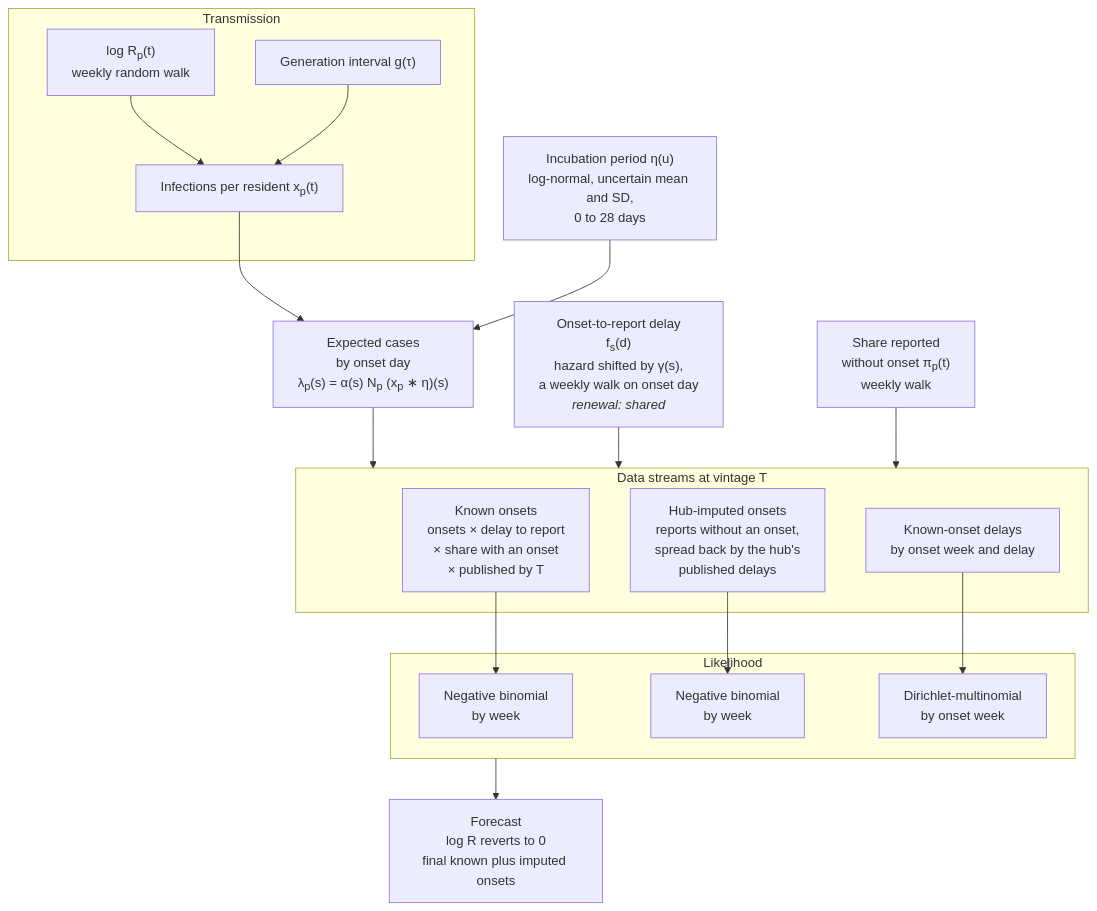
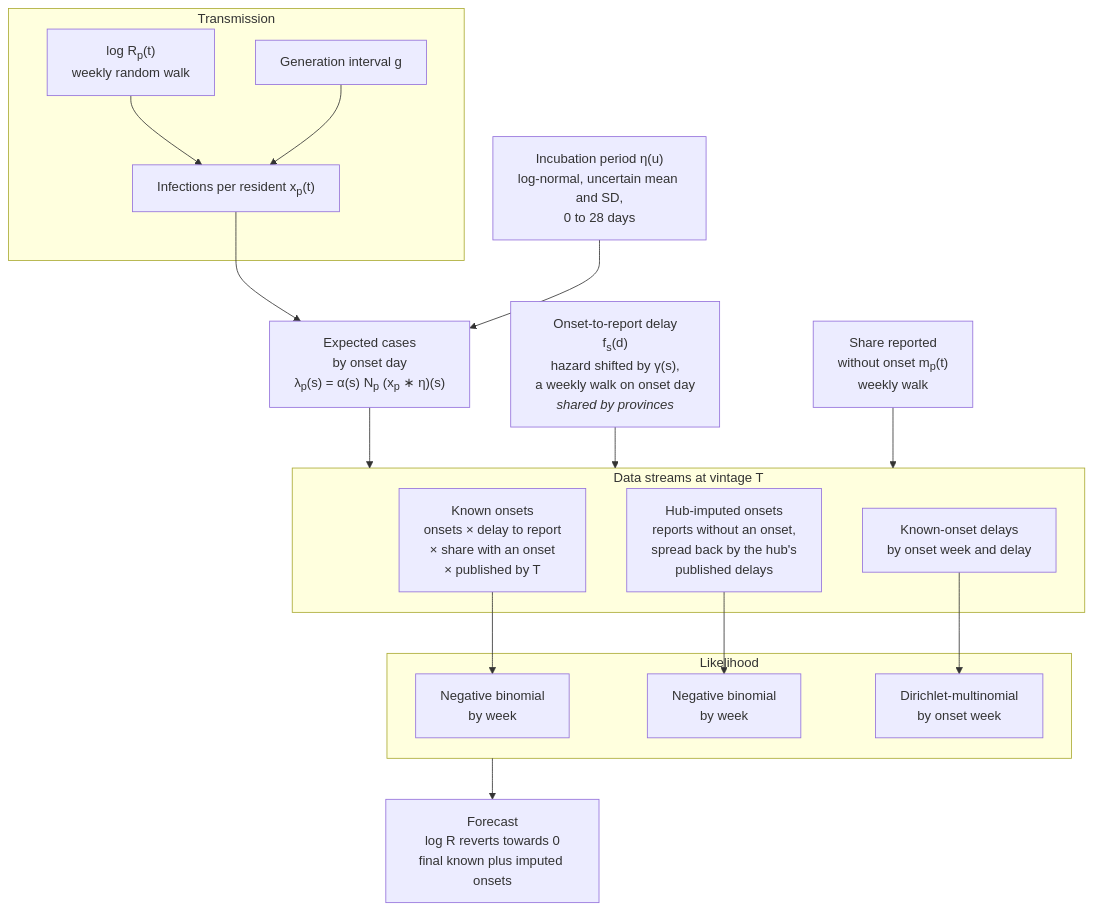
Before and after one commit to seabbs/BDBVHubRenewal: the second of 4 diagrams in docs/methods/model.md, drawn with Mermaid. The commit also changed other lines of this file and 4 other files, not shown here.

````diff
--- a/docs/methods/model.md
+++ b/docs/methods/model.md
@@ -34,35 +35,35 @@
 ```mermaid
 flowchart TD
     subgraph TR["Transmission"]
         RT["log R<sub>p</sub>(t)<br/>weekly random walk"]
-        GI["Generation interval g(τ)"]
+        GI["Generation interval g"]
         INF["Infections per resident x<sub>p</sub>(t)"]
     end
     ONS["Expected cases<br/>by onset day<br/>λ<sub>p</sub>(s) = α(s) N<sub>p</sub> (x<sub>p</sub> ∗ η)(s)"]
     INC["Incubation period η(u)<br/>log-normal, uncertain mean and SD,<br/>0 to 28 days"]
-    DEL["Onset-to-report delay<br/>f<sub>s</sub>(d)<br/>hazard shifted by γ(s),<br/>a weekly walk on onset day<br/><i>renewal: shared</i>"]
-    MISS["Share reported<br/>without onset π<sub>p</sub>(t)<br/>weekly walk"]
+    DEL["Onset-to-report delay<br/>f<sub>s</sub>(d)<br/>hazard shifted by γ(s),<br/>a weekly walk on onset day<br/><i>shared by provinces</i>"]
+    MISS["Share reported<br/>without onset m<sub>p</sub>(t)<br/>weekly walk"]
     subgraph OB["Data streams at vintage T"]
         KN["Known onsets<br/>onsets × delay to report<br/>× share with an onset<br/>× published by T"]
         IM["Hub-imputed onsets<br/>reports without an onset,<br/>spread back by the hub's<br/>published delays"]
         DC["Known-onset delays<br/>by onset week and delay"]
     end
     subgraph LK["Likelihood"]
         LKN["Negative binomial<br/>by week"]
         LKI["Negative binomial<br/>by week"]
         LKD["Dirichlet-multinomial<br/>by onset week"]
     end
-    FC["Forecast<br/>log R reverts to 0<br/>final known plus imputed onsets"]
+    FC["Forecast<br/>log R reverts towards 0<br/>final known plus imputed onsets"]
 
     RT --> INF
     GI --> INF
     INF --> ONS
     INC --> ONS
     ONS --> OB
     DEL --> OB
     MISS --> OB
     KN --> LKN
     IM --> LKI
     DC --> LKD
     LK --> FC
 ```
````
